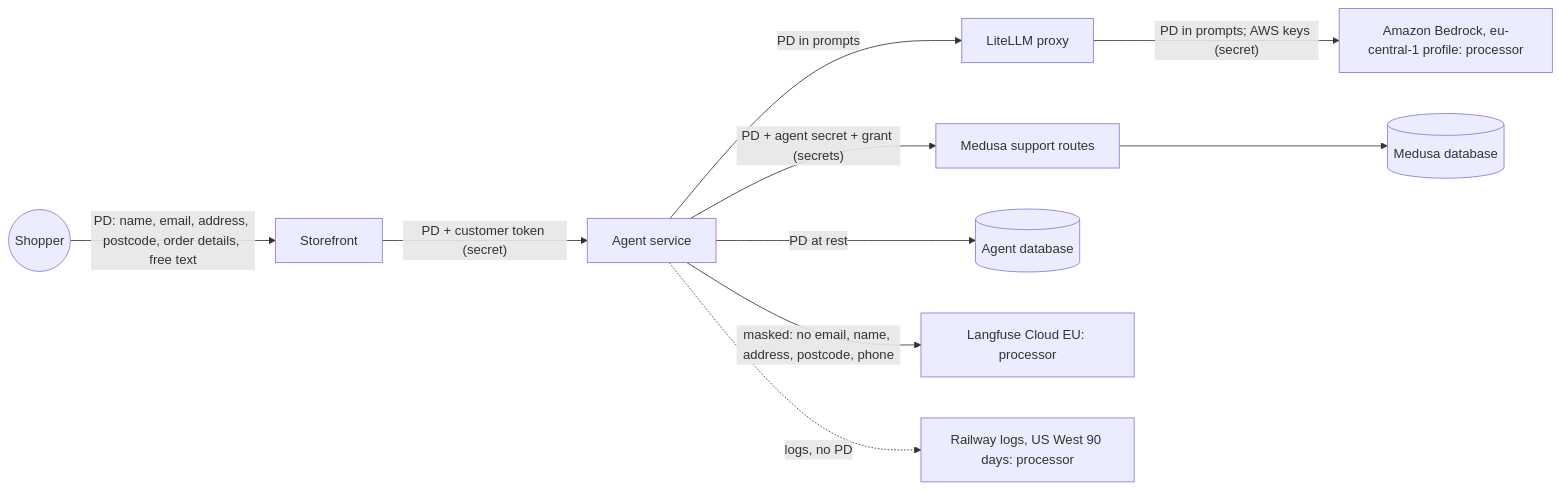
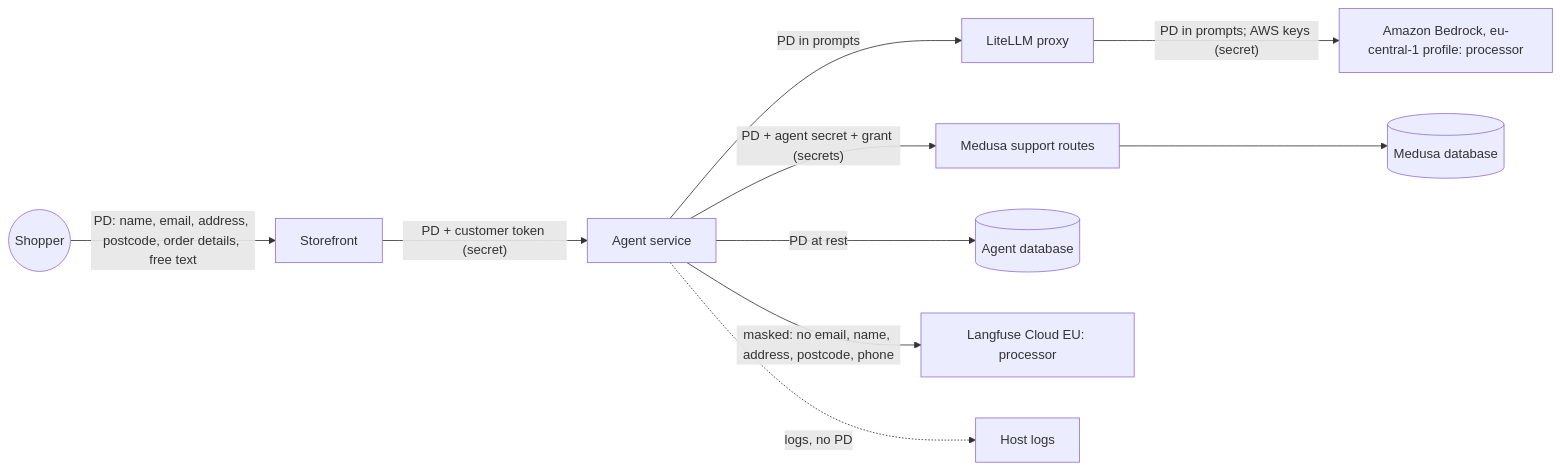
One commit to Tirso0882/goods changed the third of 3 diagrams in docs/design.md. Above: the diagram before and after it, drawn with Mermaid. The commit also changed other lines of this file, not shown here.

````diff
--- a/docs/design.md
+++ b/docs/design.md
@@ -408,12 +457,12 @@
 ```mermaid
 flowchart LR
   SHOP((Shopper)) -->|"PD: name, email, address, postcode, order details, free text"| SF[Storefront]
   SF -->|"PD + customer token (secret)"| AGENT[Agent service]
   AGENT -->|"PD in prompts"| GW[LiteLLM proxy]
   GW -->|"PD in prompts; AWS keys (secret)"| BR[Amazon Bedrock, eu-central-1 profile: processor]
   AGENT -->|"PD + agent secret + grant (secrets)"| SR[Medusa support routes]
   AGENT -->|"PD at rest"| ADB[(Agent database)]
   AGENT -->|"masked: no email, name, address, postcode, phone"| LF[Langfuse Cloud EU: processor]
-  AGENT -.->|"logs, no PD"| RW[Railway logs, US West 90 days: processor]
+  AGENT -.->|"logs, no PD"| LOGS[Host logs]
   SR --> MDB[(Medusa database)]
 ```
````
